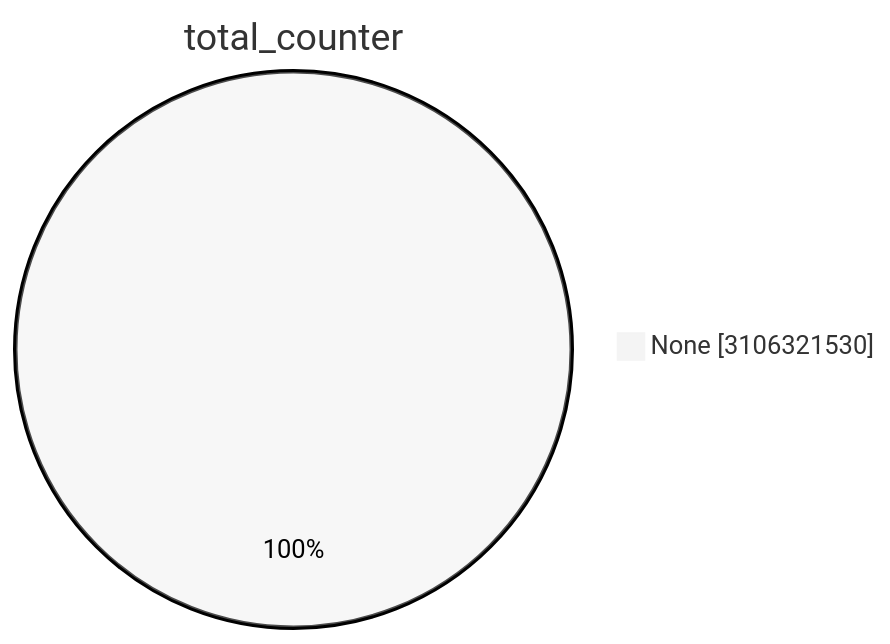
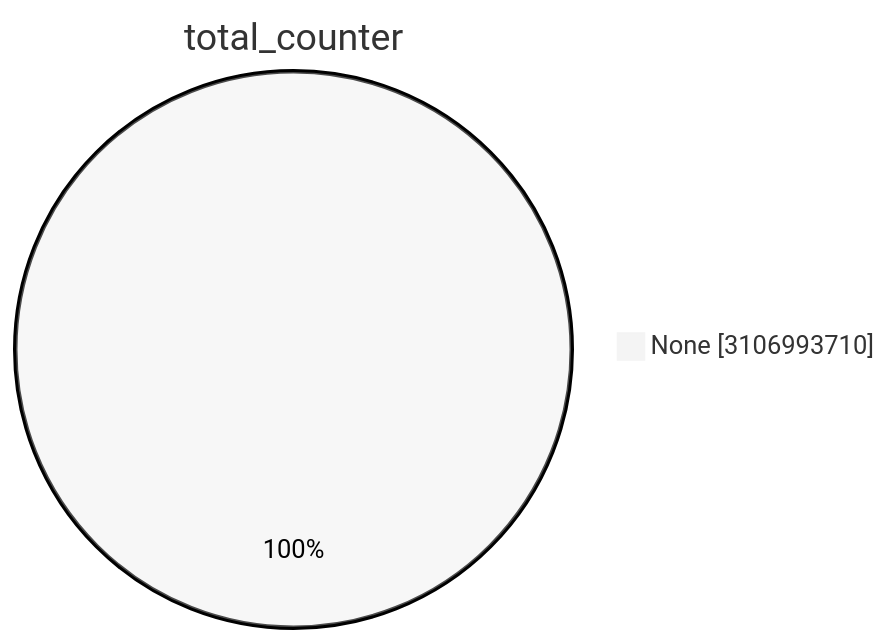
The first of 15 diagrams in TOTAL/README.md (christiankrug/ctmonitor_visualization), drawn with Mermaid (neutral theme) before and after one commit. The commit also changed other lines of this file, not shown here.

````diff
--- a/TOTAL/README.md
+++ b/TOTAL/README.md
@@ -1,5 +1,5 @@
 ```mermaid
 pie showData
 title total_counter
-"None" :3106321530
+"None" :3106993710
 ```
````
